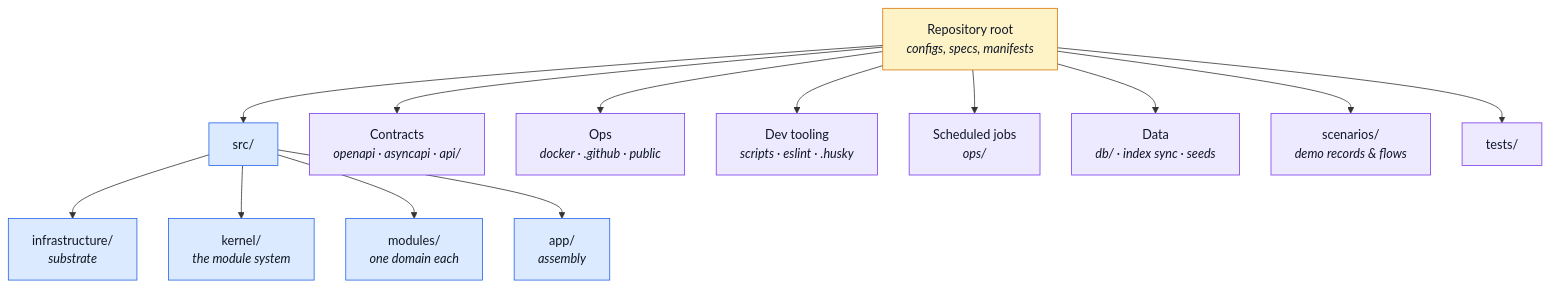
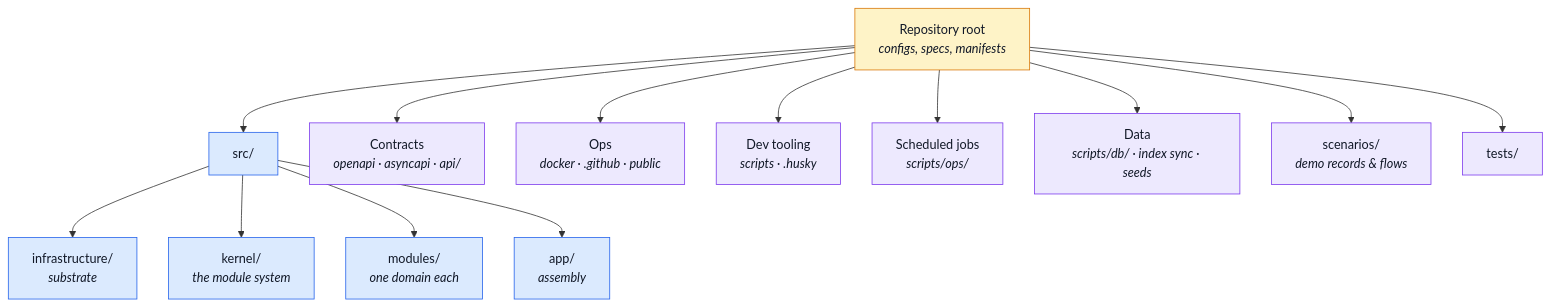
One commit to Guebbit/boilerplate-node-backend changed the first of 2 diagrams in docs/reference/index.md. Above: the diagram before and after it, drawn with Mermaid. The commit also changed other lines of this file and 131 other files, not shown here.

First line of the commit message:
refactor(layout): fold db/ops/eslint into scripts/, and runtime scratch into tmp/

````diff
--- a/docs/reference/index.md
+++ b/docs/reference/index.md
@@ -20,24 +20,24 @@
 ```mermaid
 %%{init: {'flowchart': {'nodeSpacing': 40, 'rankSpacing': 55}}}%%
 flowchart TD
     Root["Repository root<br/><i>configs, specs, manifests</i>"] --> Src["src/"]
     Root --> Contracts["Contracts<br/><i>openapi · asyncapi · api/</i>"]
     Root --> Ops["Ops<br/><i>docker · .github · public</i>"]
-    Root --> Dev["Dev tooling<br/><i>scripts · eslint · .husky</i>"]
-    Root --> Jobs["Scheduled jobs<br/><i>ops/</i>"]
-    Root --> Data["Data<br/><i>db/ · index sync · seeds</i>"]
+    Root --> Dev["Dev tooling<br/><i>scripts · .husky</i>"]
+    Root --> Jobs["Scheduled jobs<br/><i>scripts/ops/</i>"]
+    Root --> Data["Data<br/><i>scripts/db/ · index sync · seeds</i>"]
     Root --> Scenarios["scenarios/<br/><i>demo records &amp; flows</i>"]
     Root --> Tests["tests/"]
 
     Src --> Infra["infrastructure/<br/><i>substrate</i>"]
     Src --> Kernel["kernel/<br/><i>the module system</i>"]
     Src --> Modules["modules/<br/><i>one domain each</i>"]
     Src --> App["app/<br/><i>assembly</i>"]
 
     classDef entry fill:#fef3c7,stroke:#d97706,color:#111827;
     classDef code fill:#dbeafe,stroke:#2563eb,color:#111827;
     classDef side fill:#ede9fe,stroke:#7c3aed,color:#111827;
     class Root entry;
     class Src,Infra,Kernel,Modules,App code;
     class Contracts,Ops,Dev,Jobs,Data,Scenarios,Tests side;
 ```
````
